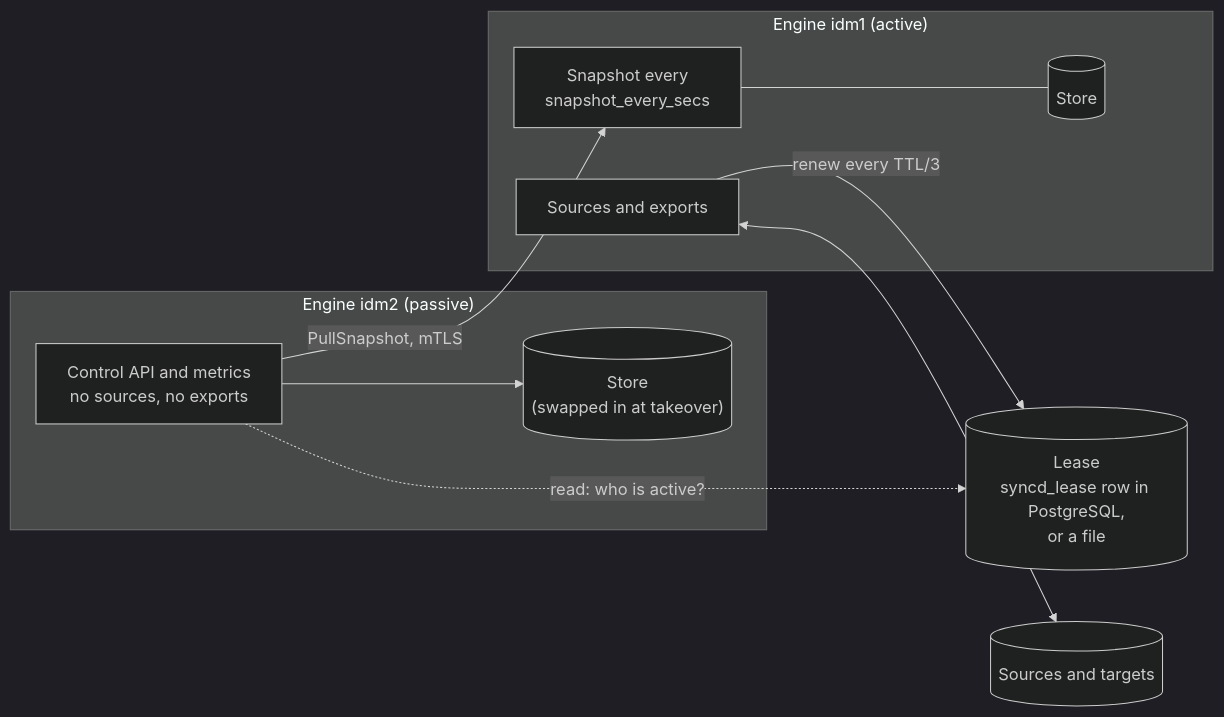
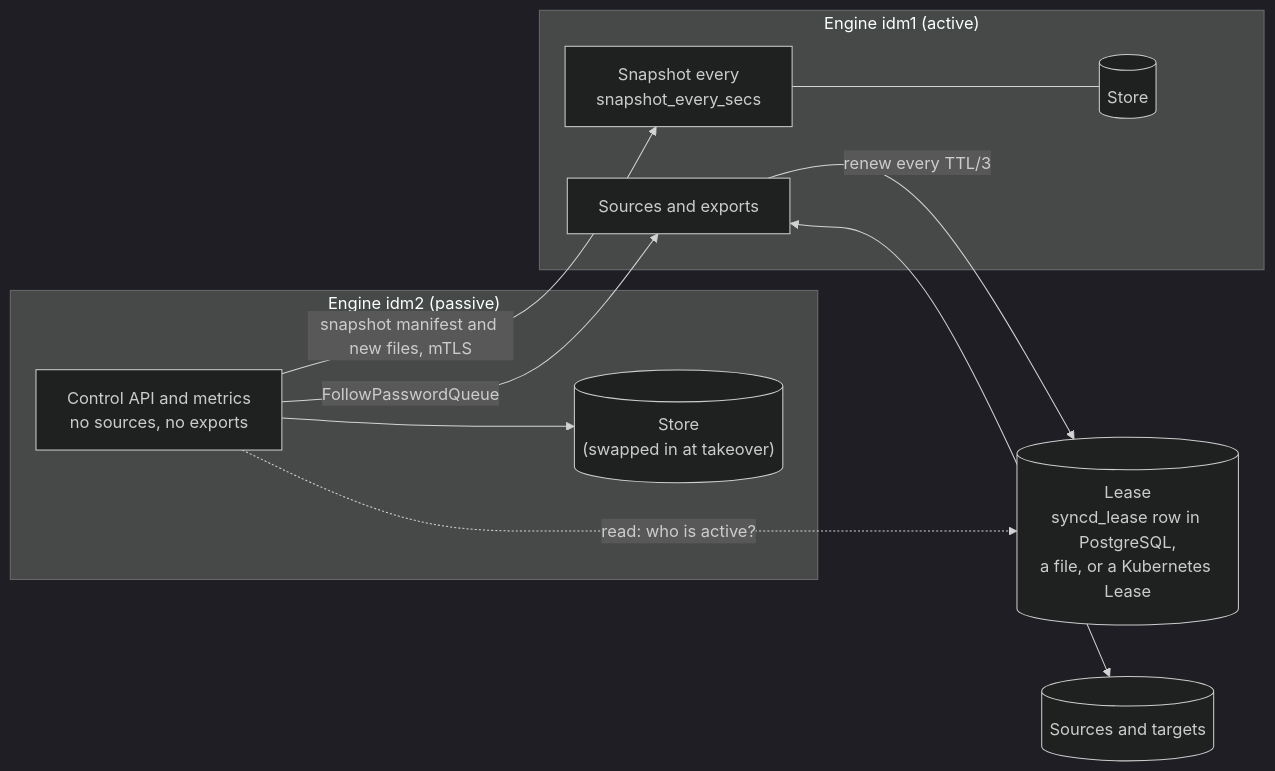
One commit to winllc/ens-apps-documentation changed the fifth of 8 diagrams in docs/syncd/architecture.md. Above: the diagram before and after it, drawn with Mermaid (dark theme). The commit also changed other lines of this file and 4 other files, not shown here.

First line of the commit message:
syncd 0.5.0: install, sizing and availability, architecture

````diff
--- a/docs/syncd/architecture.md
+++ b/docs/syncd/architecture.md
@@ -486,20 +567,21 @@
 ```mermaid
 flowchart LR
     subgraph A["Engine idm1 (active)"]
         A1["Sources and exports"]
         A2[("Store")]
         A3["Snapshot every<br/>snapshot_every_secs"]
     end
     subgraph B["Engine idm2 (passive)"]
         B1["Control API and metrics<br/>no sources, no exports"]
         B2[("Store<br/>(swapped in at takeover)")]
     end
-    L[("Lease<br/>syncd_lease row in PostgreSQL,<br/>or a file")]
+    L[("Lease<br/>syncd_lease row in PostgreSQL,<br/>a file, or a Kubernetes Lease")]
     T[("Sources and targets")]
     A1 <--> T
     A1 -->|"renew every TTL/3"| L
     B1 -.->|"read: who is active?"| L
-    B1 -->|"PullSnapshot, mTLS"| A3
+    B1 -->|"snapshot manifest and new files, mTLS"| A3
+    B1 -->|"FollowPasswordQueue"| A1
     A3 --- A2
     B1 --> B2
 ```
````
